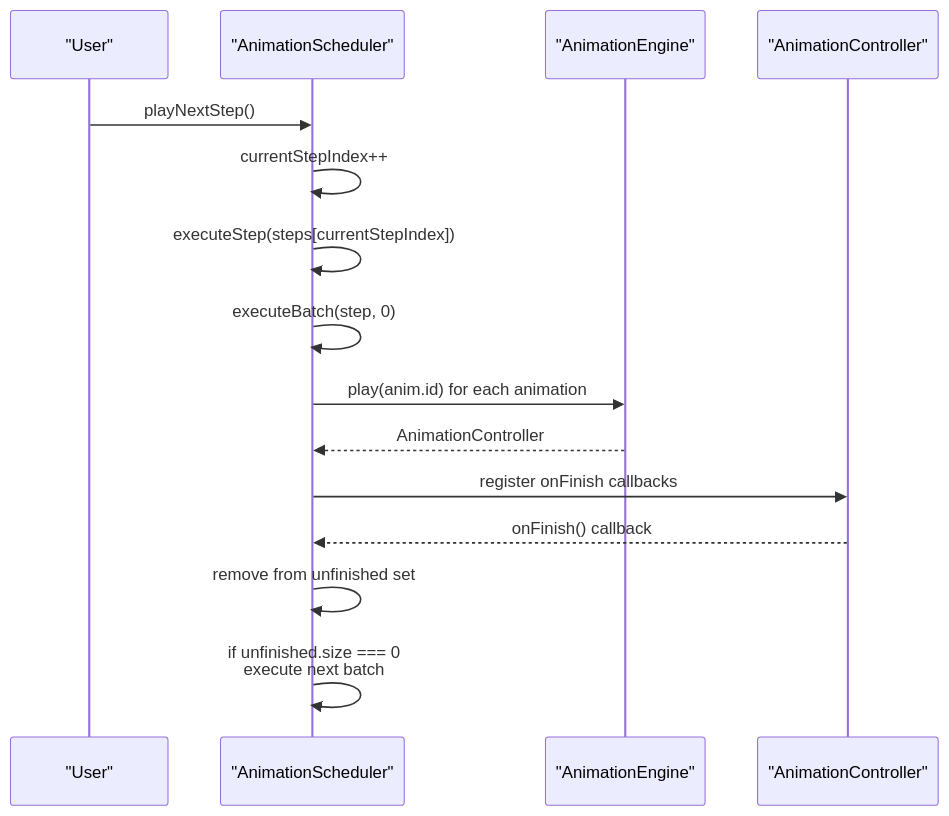
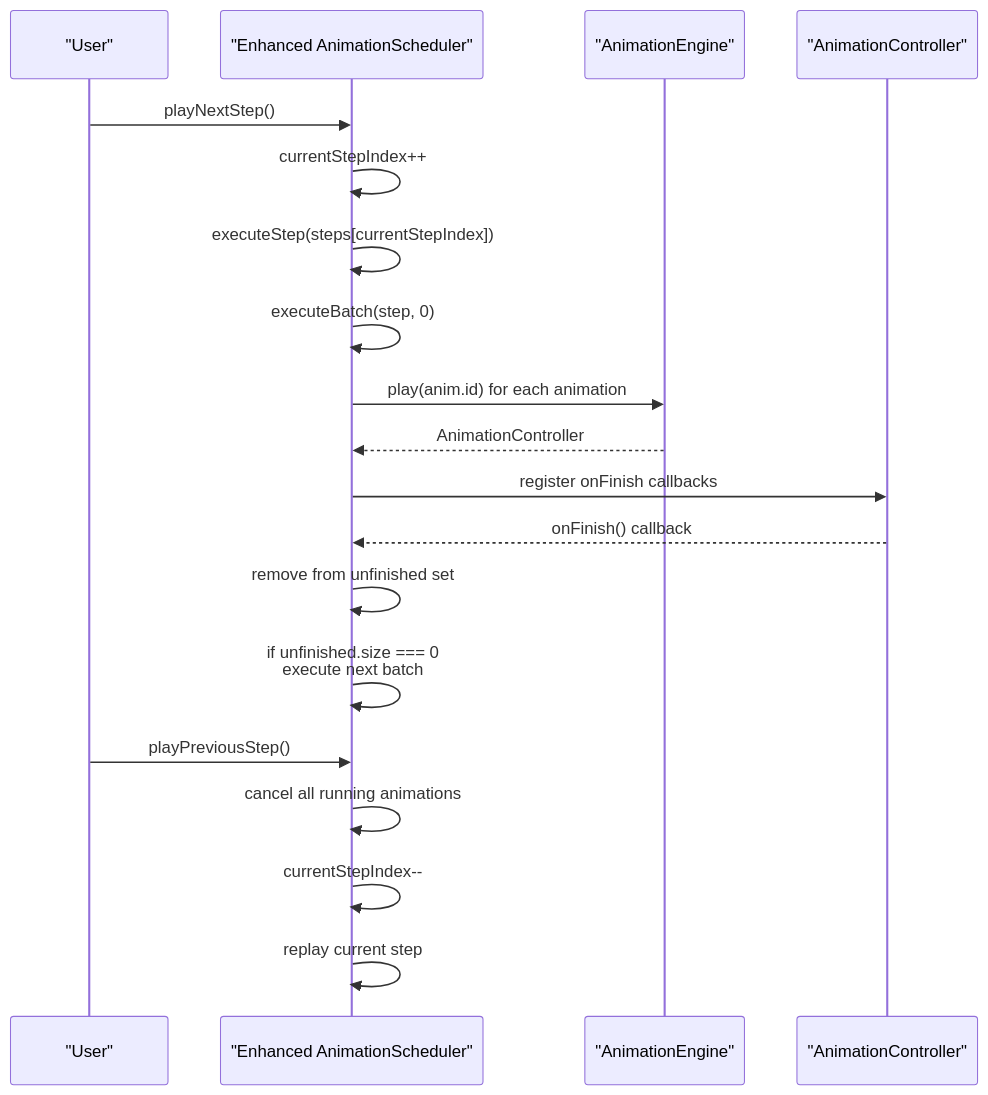
The tenth of 23 diagrams in .qoder/repowiki/en/content/Animation System/Timeline Engine.md (Anna0314zy/ai_editor_enginer), drawn with Mermaid before and after one commit. The commit also changed other lines of this file and 12 other files, not shown here.

````diff
--- a/.qoder/repowiki/en/content/Animation System/Timeline Engine.md
+++ b/.qoder/repowiki/en/content/Animation System/Timeline Engine.md
@@ -468,17 +494,21 @@
 ```mermaid
 sequenceDiagram
 participant User as "User"
-participant Scheduler as "AnimationScheduler"
+participant Scheduler as "Enhanced AnimationScheduler"
 participant Engine as "AnimationEngine"
 participant Controller as "AnimationController"
 User->>Scheduler : playNextStep()
 Scheduler->>Scheduler : currentStepIndex++
 Scheduler->>Scheduler : executeStep(steps[currentStepIndex])
 Scheduler->>Scheduler : executeBatch(step, 0)
 Scheduler->>Engine : play(anim.id) for each animation
 Engine-->>Scheduler : AnimationController
 Scheduler->>Controller : register onFinish callbacks
 Controller-->>Scheduler : onFinish() callback
 Scheduler->>Scheduler : remove from unfinished set
 Scheduler->>Scheduler : if unfinished.size === 0<br/>execute next batch
+User->>Scheduler : playPreviousStep()
+Scheduler->>Scheduler : cancel all running animations
+Scheduler->>Scheduler : currentStepIndex--
+Scheduler->>Scheduler : replay current step
 ```
````
